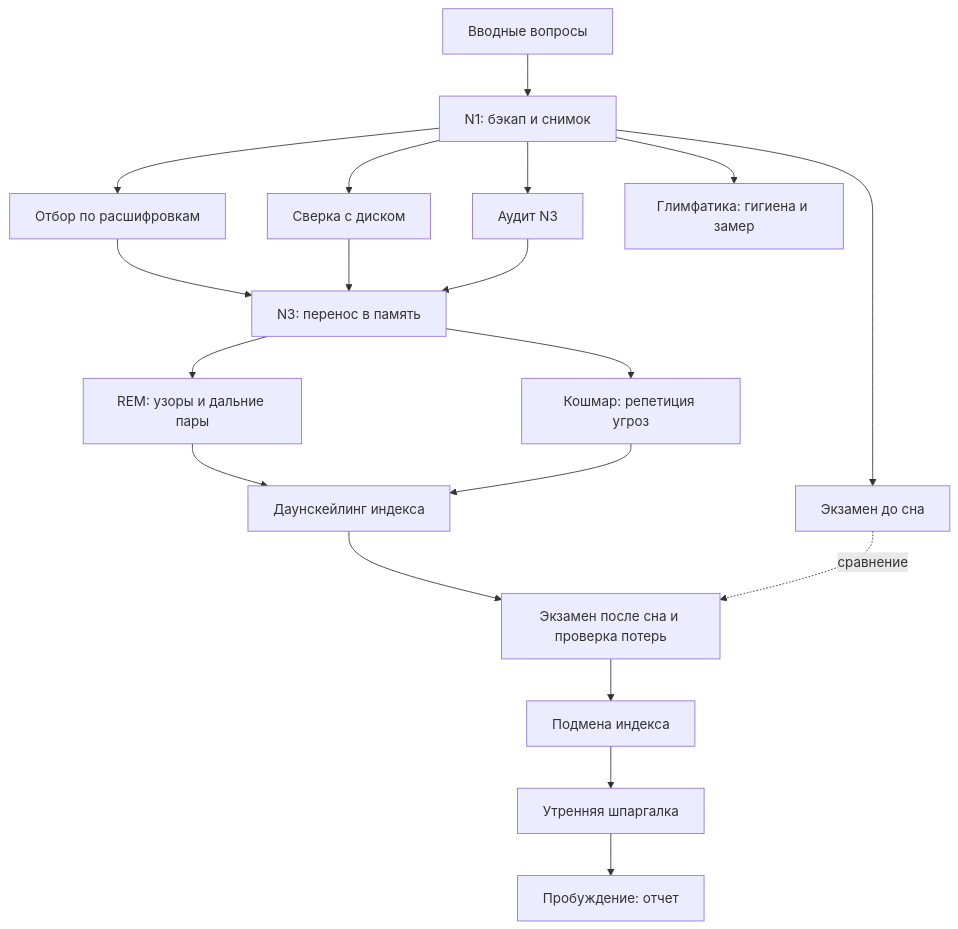
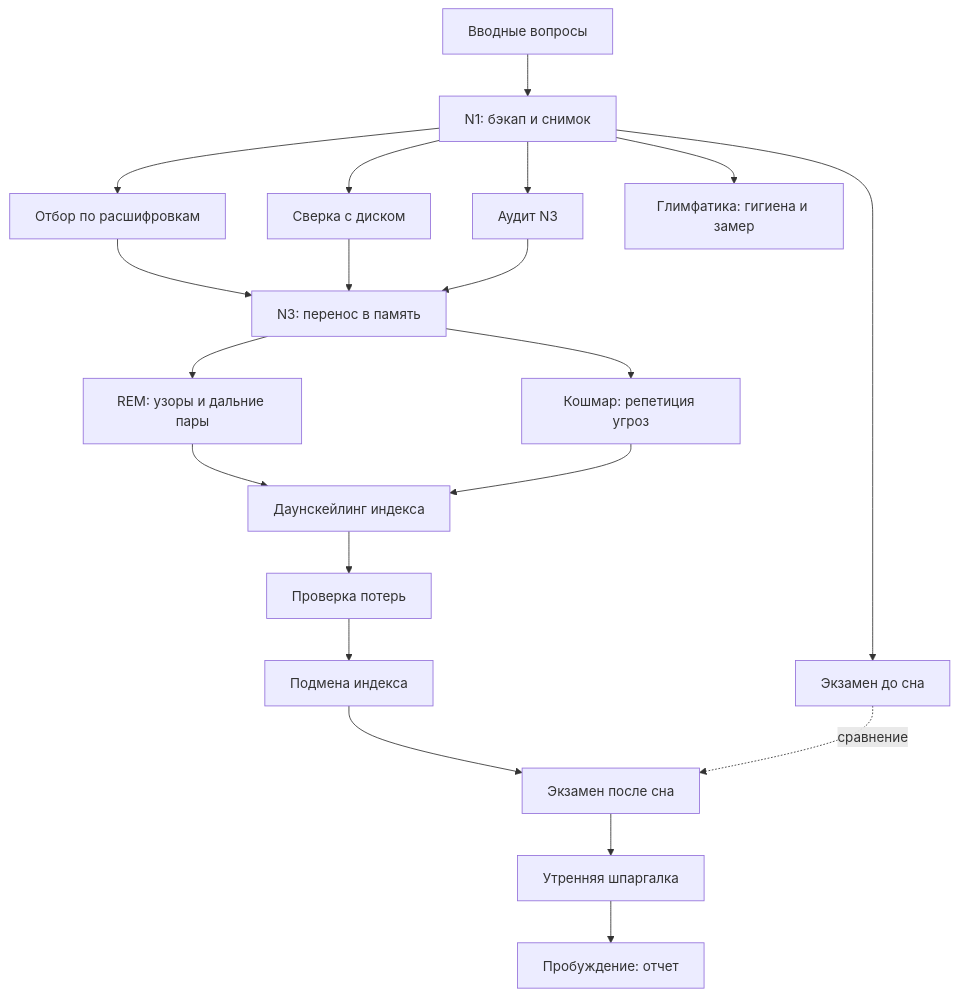
The diagram in README.md (vasilievyakov/memory-sleep), drawn with Mermaid before and after one commit. The commit also changed other lines of this file and 4 other files, not shown here.

````diff
--- a/README.md
+++ b/README.md
@@ -17,21 +17,22 @@
 ```mermaid
 graph TD
     Q[Вводные вопросы] --> N1[N1: бэкап и снимок]
     N1 --> T[Отбор по расшифровкам]
     N1 --> D[Сверка с диском]
     N1 --> A[Аудит N3]
     N1 --> E[Экзамен до сна]
     N1 --> G[Глимфатика: гигиена и замер]
     T --> P[N3: перенос в память]
     D --> P
     A --> P
     P --> R[REM: узоры и дальние пары]
     P --> K[Кошмар: репетиция угроз]
     R --> S[Даунскейлинг индекса]
     K --> S
-    S --> V[Экзамен после сна и проверка потерь]
+    S --> V[Проверка потерь]
     V --> I[Подмена индекса]
-    I --> M[Утренняя шпаргалка]
+    I --> X[Экзамен после сна]
+    X --> M[Утренняя шпаргалка]
     M --> W[Пробуждение: отчет]
-    E -. сравнение .-> V
+    E -. сравнение .-> X
 ```
````
